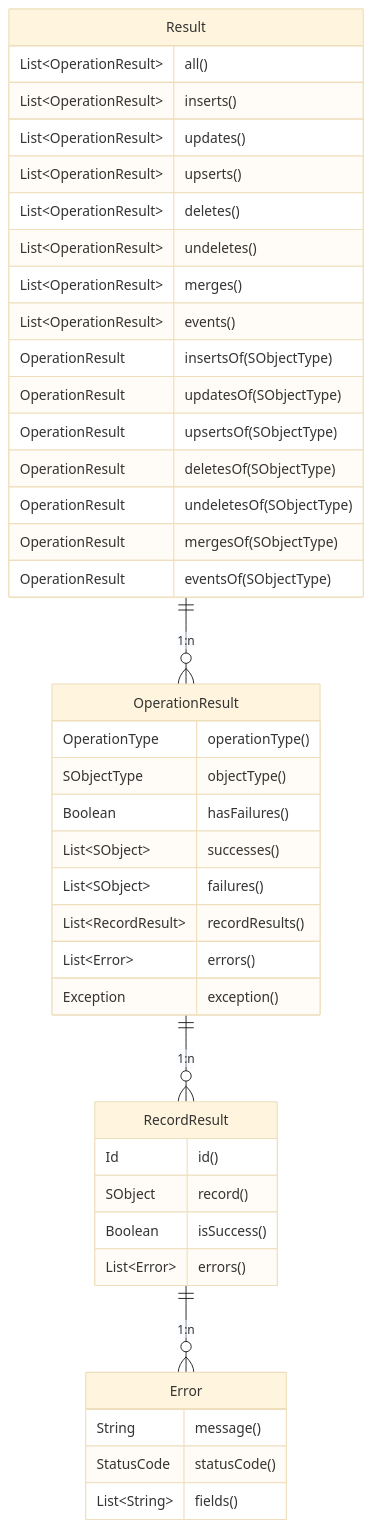
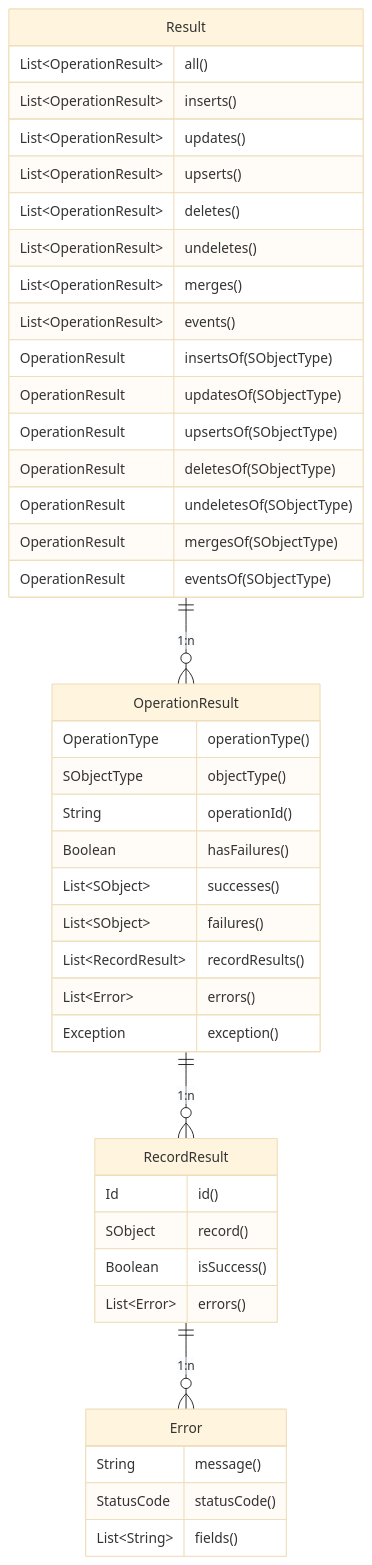
One commit to beyond-the-cloud-dev/dml-lib changed the diagram in website/result.md. Above: the diagram before and after it, drawn with Mermaid (base theme). The commit also changed other lines of this file and 3 other files, not shown here.

````diff
--- a/website/result.md
+++ b/website/result.md
@@ -31,48 +31,49 @@
 ```mermaid
 erDiagram
     Result ||--o{ OperationResult : "1:n"
     OperationResult ||--o{ RecordResult : "1:n"
     RecordResult ||--o{ Error : "1:n"
 
     Result {
         List~OperationResult~ all()
         List~OperationResult~ inserts()
         List~OperationResult~ updates()
         List~OperationResult~ upserts()
         List~OperationResult~ deletes()
         List~OperationResult~ undeletes()
         List~OperationResult~ merges()
         List~OperationResult~ events()
         OperationResult insertsOf(SObjectType)
         OperationResult updatesOf(SObjectType)
         OperationResult upsertsOf(SObjectType)
         OperationResult deletesOf(SObjectType)
         OperationResult undeletesOf(SObjectType)
         OperationResult mergesOf(SObjectType)
         OperationResult eventsOf(SObjectType)
     }
 
     OperationResult {
         OperationType operationType()
         SObjectType objectType()
+        String operationId()
         Boolean hasFailures()
         List~SObject~ successes()
         List~SObject~ failures()
         List~RecordResult~ recordResults()
         List~Error~ errors()
         Exception exception()
     }
 
     RecordResult {
         Id id()
         SObject record()
         Boolean isSuccess()
         List~Error~ errors()
     }
 
     Error {
         String message()
         StatusCode statusCode()
         List~String~ fields()
     }
 ```
````
